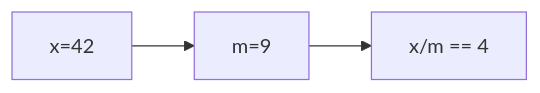
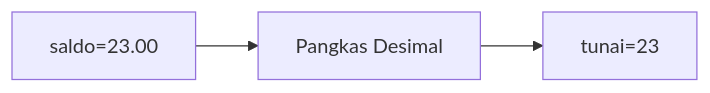
One commit to amnahwaida/OSNK_INF_PREP changed diagram 12 of 25 in part-c-pemahaman-cpp/01-tipe-data/latihan/set-12.md. Above: the diagram before and after it, drawn with Mermaid. The commit also changed other lines of this file and 71 other files, not shown here.

````diff
--- a/part-c-pemahaman-cpp/01-tipe-data/latihan/set-12.md
+++ b/part-c-pemahaman-cpp/01-tipe-data/latihan/set-12.md
@@ -321,5 +335,5 @@
 ```mermaid
 graph LR
-A["x=42"] --> B["m=9"]
-B --> C["x/m == 4"]
+A["saldo=23.00"] --> B["Pangkas Desimal"]
+B --> C["tunai=23"]
 ```
````
